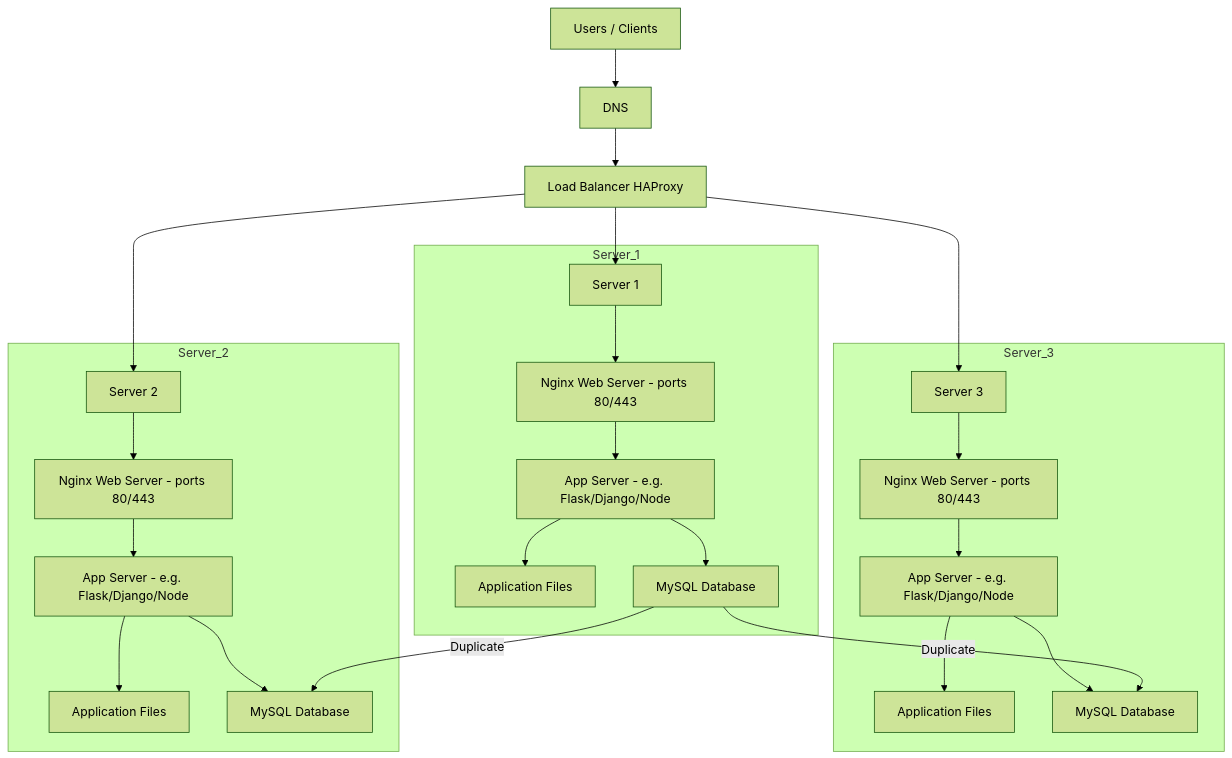
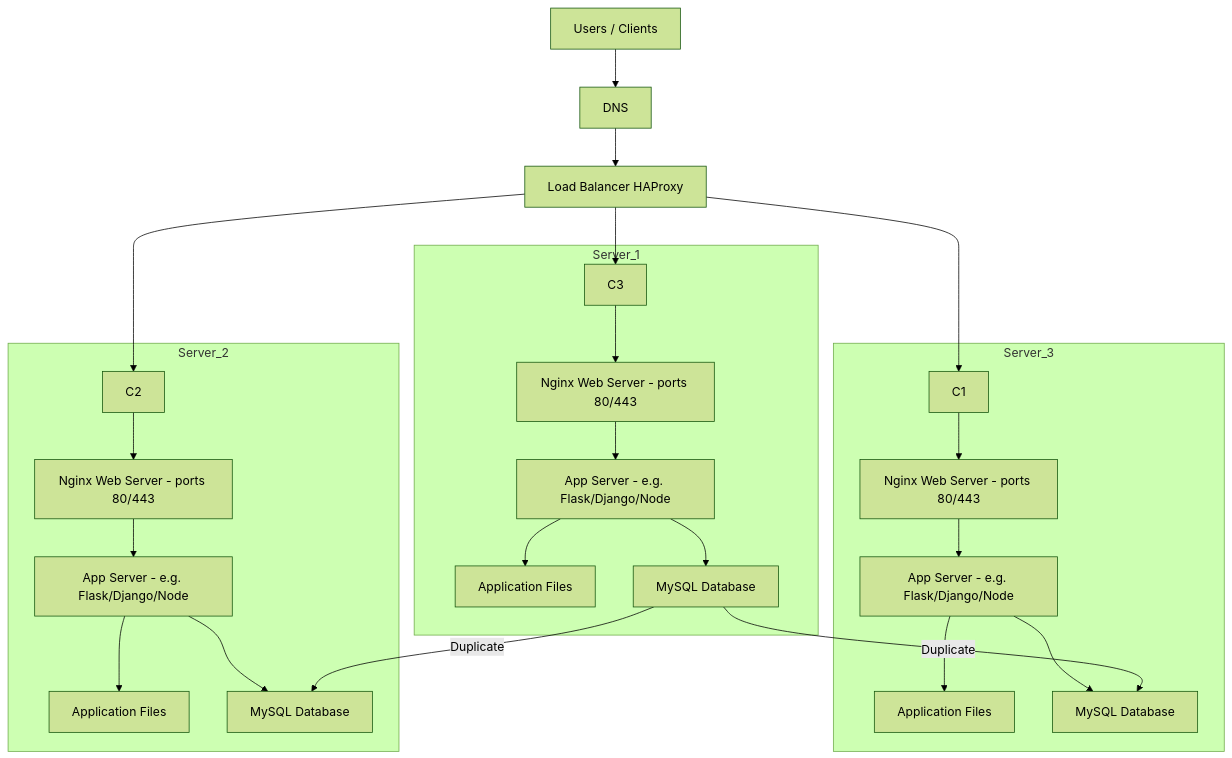
One commit to THO-Gaetan/holbertonschool-system_engineering-devops changed the diagram in task_1/1-distributed_web_infrastructure.mmd. Above: the diagram before and after it, drawn with Mermaid (forest theme).

Commit message:
advancing on mermaid task 1

```diff
--- a/task_1/1-distributed_web_infrastructure.mmd
+++ b/task_1/1-distributed_web_infrastructure.mmd
@@ -1,31 +1,31 @@
 ---
 config:
   layout: dagre
 ---
 flowchart TD
     subgraph Server_3
         C1 --> D1[Nginx Web Server - ports 80/443]
         D1 --> E1[App Server - e.g. Flask/Django/Node]
         E1 --> F1[Application Files]
         E1 --> G1[MySQL Database]
     end
 
     subgraph Server_2
         C2 --> D2[Nginx Web Server - ports 80/443]
         D2 --> E2[App Server - e.g. Flask/Django/Node]
         E2 --> F2[Application Files]
         E2 --> G2[MySQL Database]
     end
 
     subgraph Server_1
         C3 --> D3[Nginx Web Server - ports 80/443]
         D3 --> E3[App Server - e.g. Flask/Django/Node]
         E3 --> F3[Application Files]
         E3 --> G3[MySQL Database]
     end
     A[Users / Clients] --> B[DNS]
     B[DNS] --> C[Load Balancer HAProxy]
-    C --> C1[Server 3]
-    C --> C2[Server 2]
-    C --> C3[Server 1]
+    C --> C1
+    C --> C2
+    C --> C3
     G3 -->|Duplicate| G2 & G1
```
